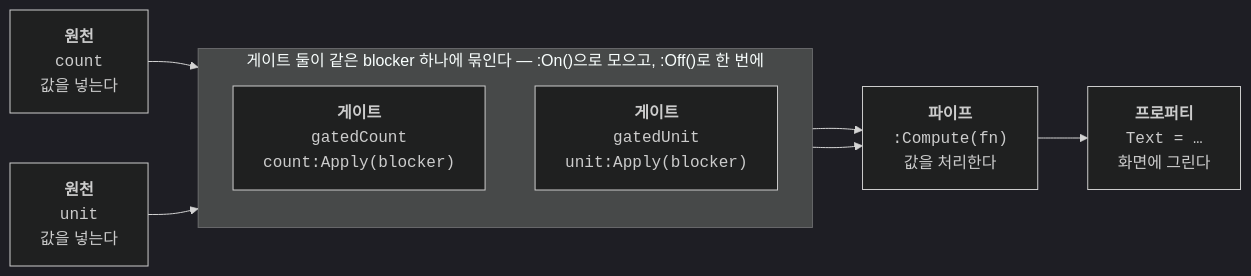
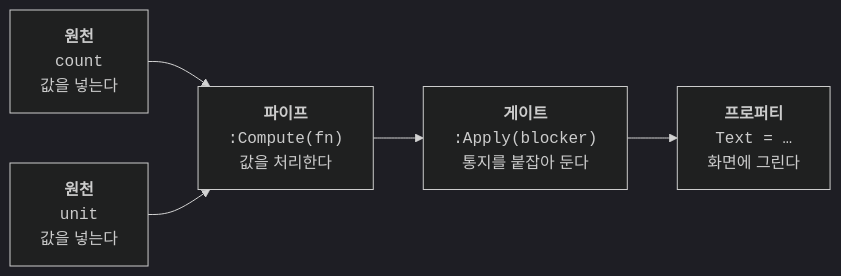
One commit to qwreey/quad changed the diagram in docs/getting-started/16-blocker.md. Above: the diagram before and after it, drawn with Mermaid (dark theme). The commit also changed other lines of this file and 23 other files, not shown here.

````diff
--- a/docs/getting-started/16-blocker.md
+++ b/docs/getting-started/16-blocker.md
@@ -76,13 +77,7 @@
 ```mermaid
 flowchart LR
-    C["<b>원천</b><br/><code>count</code><br/>값을 넣는다"] --> GC["<b>게이트</b><br/><code>gatedCount</code><br/><code>count:Apply(blocker)</code>"]
-    U["<b>원천</b><br/><code>unit</code><br/>값을 넣는다"] --> GU["<b>게이트</b><br/><code>gatedUnit</code><br/><code>unit:Apply(blocker)</code>"]
-    subgraph SW["게이트 둘이 같은 blocker 하나에 묶인다 — :On()으로 모으고, :Off()로 한 번에"]
-        direction TB
-        GC
-        GU
-    end
-    GC --> P["<b>파이프</b><br/><code>:Compute(fn)</code><br/>값을 처리한다"]
-    GU --> P
-    P --> T["<b>프로퍼티</b><br/><code>Text = …</code><br/>화면에 그린다"]
+    C["<b>원천</b><br/><code>count</code><br/>값을 넣는다"] --> P["<b>파이프</b><br/><code>:Compute(fn)</code><br/>값을 처리한다"]
+    U["<b>원천</b><br/><code>unit</code><br/>값을 넣는다"] --> P
+    P --> G["<b>게이트</b><br/><code>:Apply(blocker)</code><br/>통지를 붙잡아 둔다"]
+    G --> T["<b>프로퍼티</b><br/><code>Text = …</code><br/>화면에 그린다"]
 ```
````
